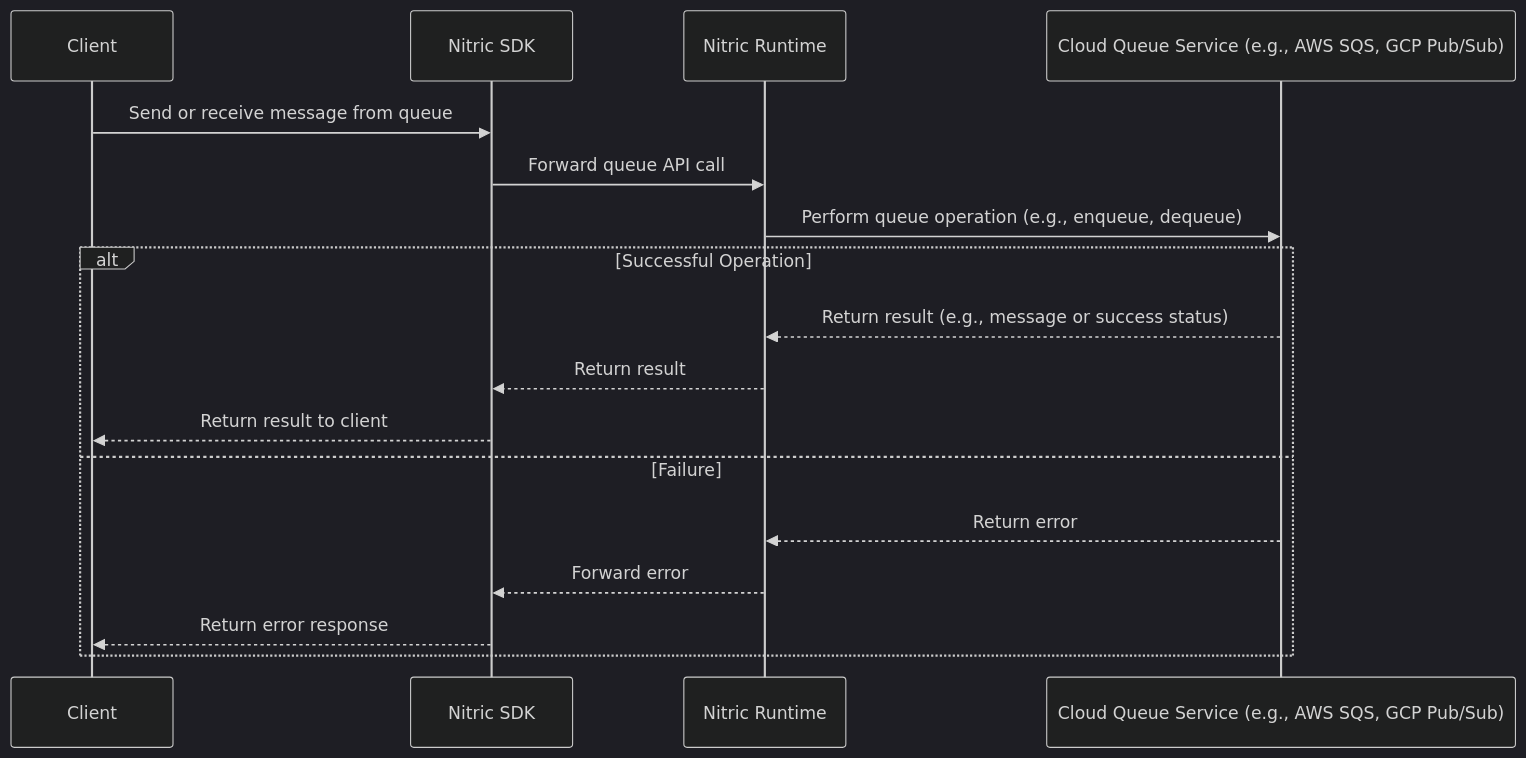
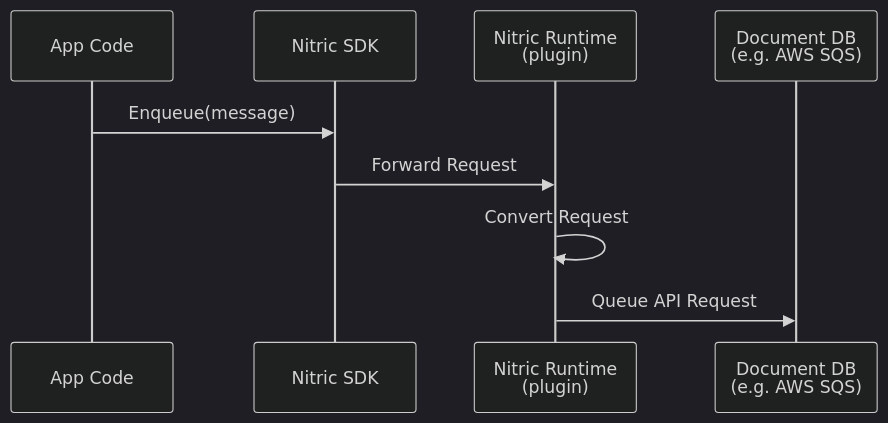
One commit to nitrictech/docs changed the fourth of 4 diagrams in docs/architecture/queues.mdx. Above: the diagram before and after it, drawn with Mermaid (dark theme). The commit also changed other lines of this file and 4 other files, not shown here.

Commit message:
update async messaging sequences

````diff
--- a/docs/architecture/queues.mdx
+++ b/docs/architecture/queues.mdx
@@ -70,21 +96,12 @@
 ```mermaid
 sequenceDiagram
-    participant Client as Client
-    participant NitricSDK as Nitric SDK
-    participant NitricRuntime as Nitric Runtime
-    participant QueueService as Cloud Queue Service (e.g., AWS SQS, GCP Pub/Sub)
+    participant Client as App Code
+    participant SDK as Nitric SDK
+    participant Nitric as Nitric Runtime <br> (plugin)
+    participant CloudAPI as Document DB <br> (e.g. AWS SQS)
 
-    Client->>NitricSDK: Send or receive message from queue
-    NitricSDK->>NitricRuntime: Forward queue API call
-    NitricRuntime->>QueueService: Perform queue operation (e.g., enqueue, dequeue)
-
-    alt Successful Operation
-        QueueService-->>NitricRuntime: Return result (e.g., message or success status)
-        NitricRuntime-->>NitricSDK: Return result
-        NitricSDK-->>Client: Return result to client
-    else Failure
-        QueueService-->>NitricRuntime: Return error
-        NitricRuntime-->>NitricSDK: Forward error
-        NitricSDK-->>Client: Return error response
-    end
+    Client->>SDK: Enqueue(message)
+    SDK->>Nitric: Forward Request
+    Nitric->>Nitric: Convert Request
+    Nitric->>CloudAPI: Queue API Request
 ```
````
